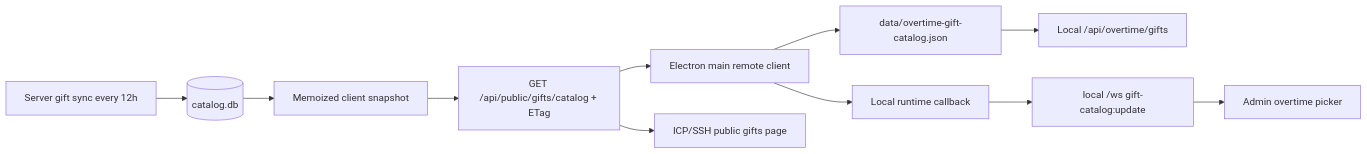
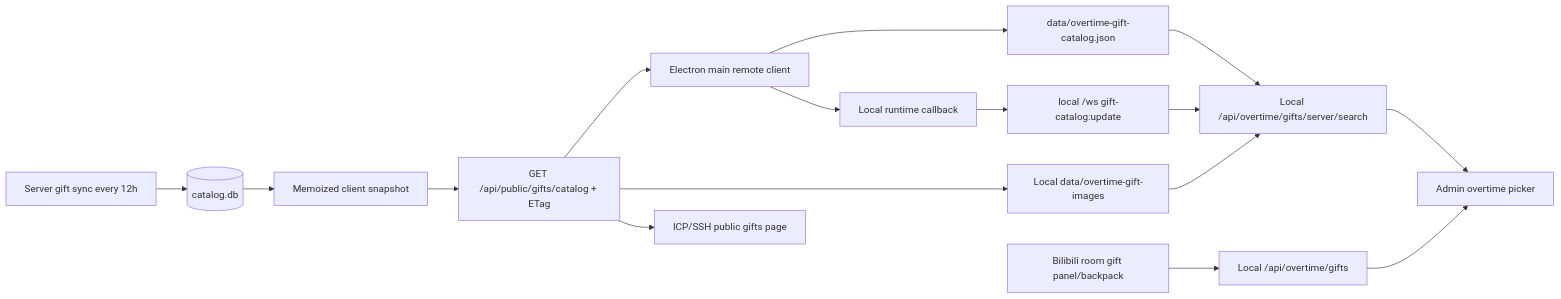
The diagram in specs/remote-gift-catalog-sync_design.md (AuroraWhisperer/LIRA), drawn with Mermaid before and after one commit. The commit also changed other lines of this file and 103 other files, not shown here.

````diff
--- a/specs/remote-gift-catalog-sync_design.md
+++ b/specs/remote-gift-catalog-sync_design.md
@@ -16,13 +16,18 @@
 ```mermaid
 flowchart LR
   Sync[Server gift sync every 12h] --> DB[(catalog.db)]
   DB --> Query[Memoized client snapshot]
   Query --> HTTP[GET /api/public/gifts/catalog + ETag]
   HTTP --> Main[Electron main remote client]
   Main --> Cache[data/overtime-gift-catalog.json]
-  Cache --> Local[Local /api/overtime/gifts]
+  Cache --> Search[Local /api/overtime/gifts/server/search]
+  HTTP --> ImageCache[Local data/overtime-gift-images]
+  ImageCache --> Search
   Main --> LocalRuntime[Local runtime callback]
   LocalRuntime --> WS[local /ws gift-catalog:update]
-  WS --> Picker[Admin overtime picker]
+  WS --> Search
+  Room[Bilibili room gift panel/backpack] --> Local[Local /api/overtime/gifts]
+  Local --> Picker[Admin overtime picker]
+  Search --> Picker
   HTTP --> Web[ICP/SSH public gifts page]
 ```
````
